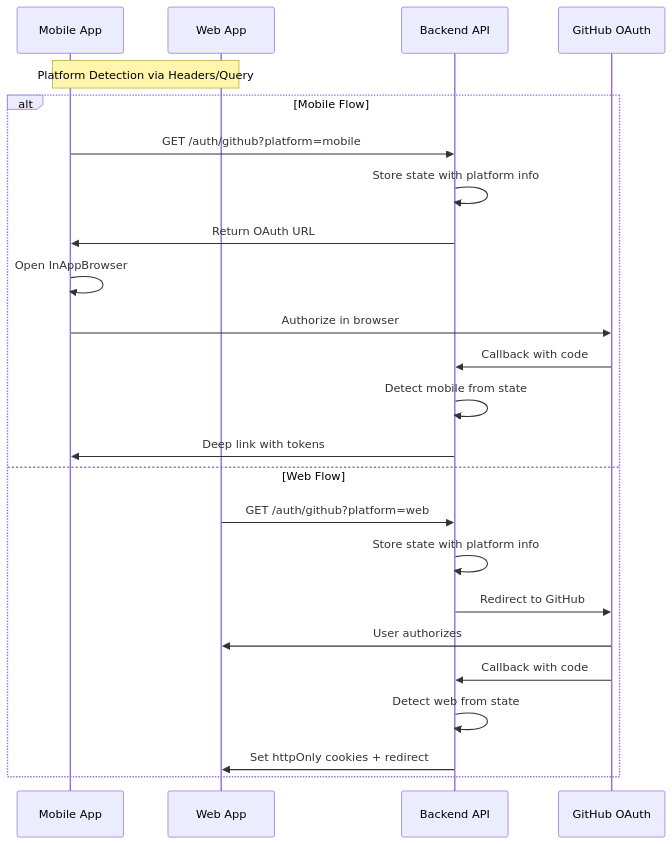
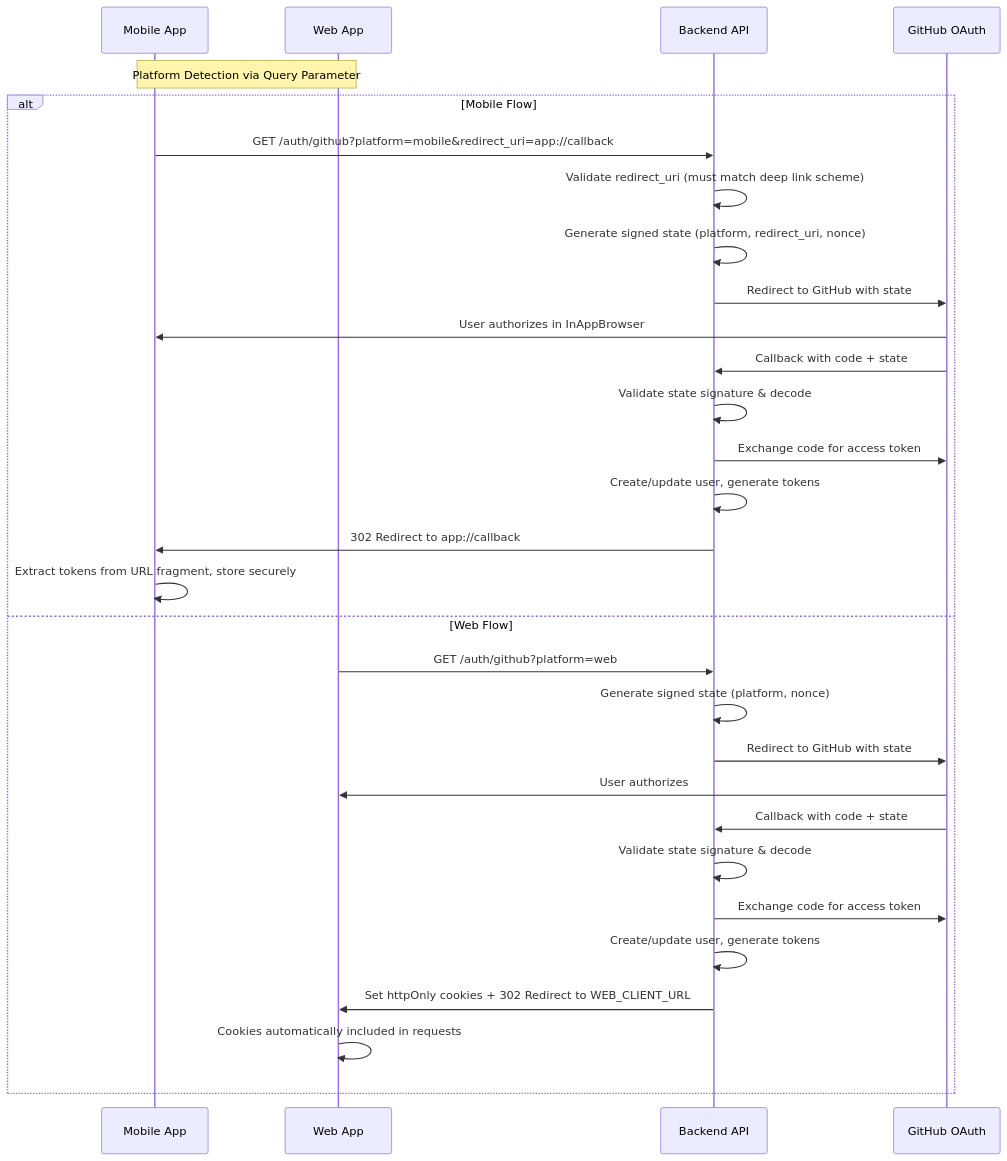
The third of 3 diagrams in docs/backend-spec.md (semo94/the-architect), drawn with Mermaid before and after one commit. The commit also changed other lines of this file and 41 other files, not shown here.

````diff
--- a/docs/backend-spec.md
+++ b/docs/backend-spec.md
@@ -227,28 +302,34 @@
 ```mermaid
 sequenceDiagram
     participant Mobile as Mobile App
     participant Web as Web App
     participant BE as Backend API
     participant GH as GitHub OAuth
 
-    Note over Mobile,Web: Platform Detection via Headers/Query
-    
+    Note over Mobile,Web: Platform Detection via Query Parameter
+
     alt Mobile Flow
-        Mobile->>BE: GET /auth/github?platform=mobile
-        BE->>BE: Store state with platform info
-        BE->>Mobile: Return OAuth URL
-        Mobile->>Mobile: Open InAppBrowser
-        Mobile->>GH: Authorize in browser
-        GH->>BE: Callback with code
-        BE->>BE: Detect mobile from state
-        BE->>Mobile: Deep link with tokens
+        Mobile->>BE: GET /auth/github?platform=mobile&redirect_uri=app://callback
+        BE->>BE: Validate redirect_uri (must match deep link scheme)
+        BE->>BE: Generate signed state (platform, redirect_uri, nonce)
+        BE->>GH: Redirect to GitHub with state
+        GH->>Mobile: User authorizes in InAppBrowser
+        GH->>BE: Callback with code + state
+        BE->>BE: Validate state signature & decode
+        BE->>GH: Exchange code for access token
+        BE->>BE: Create/update user, generate tokens
+        BE->>Mobile: 302 Redirect to app://callback#access_token=...&refresh_token=...
+        Mobile->>Mobile: Extract tokens from URL fragment, store securely
     else Web Flow
         Web->>BE: GET /auth/github?platform=web
-        BE->>BE: Store state with platform info
-        BE->>GH: Redirect to GitHub
+        BE->>BE: Generate signed state (platform, nonce)
+        BE->>GH: Redirect to GitHub with state
         GH->>Web: User authorizes
-        GH->>BE: Callback with code
-        BE->>BE: Detect web from state
-        BE->>Web: Set httpOnly cookies + redirect
+        GH->>BE: Callback with code + state
+        BE->>BE: Validate state signature & decode
+        BE->>GH: Exchange code for access token
+        BE->>BE: Create/update user, generate tokens
+        BE->>Web: Set httpOnly cookies + 302 Redirect to WEB_CLIENT_URL
+        Web->>Web: Cookies automatically included in requests
     end
 ```
````
